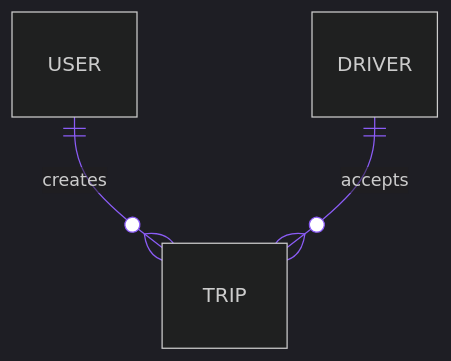
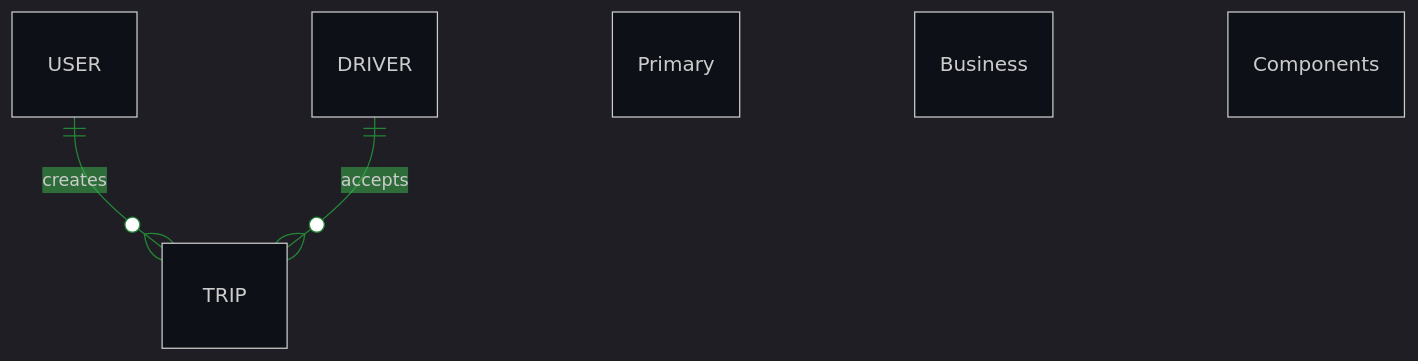
One commit to abdoElHodaky/transportapp changed the third of 8 diagrams in mermaid_styling_showcase.md. Above: the diagram before and after it, drawn with Mermaid. The commit also changed other lines of this file and 10 other files, not shown here.

````diff
--- a/mermaid_styling_showcase.md
+++ b/mermaid_styling_showcase.md
@@ -63,19 +127,48 @@
 ```mermaid
 %%{init: {
   "theme": "dark",
   "themeVariables": {
     "primaryColor": "#0d1117",
-    "primaryTextColor": "#e9d5ff",
-    "primaryBorderColor": "#8b5cf6",
-    "lineColor": "#8b5cf6"
+    "primaryTextColor": "#aff5b4",
+    "primaryBorderColor": "#238636",
+    "lineColor": "#238636",
+    "secondaryColor": "#2ea043",
+    "tertiaryColor": "#3fb950",
+    "background": "#0d1117",
+    "mainBkg": "#0d1117",
+    "secondBkg": "#21262d"
   },
-  "er": {
-    "useMaxWidth": true
+  "flowchart": {
+    "useMaxWidth": true,
+    "htmlLabels": true
+  },
+  "sequence": {
+    "useMaxWidth": true,
+    "wrap": true
   }
 }}%%
 erDiagram
     USER ||--o{ TRIP : creates
     DRIVER ||--o{ TRIP : accepts
-    
-    classDef primary fill:#0d1117,stroke:#8b5cf6,stroke-width:4px,color:#e9d5ff,font-weight:bold;
+     Primary Business Components
+
+    %% Secondary Business Components
+
+    %% Process Steps
+
+    %% Decision Points
+
+    %% Success States
+
+    %% External Systems
+
+    %% Database Systems
+    %% --- CORPORATE GREEN THEME STYLING ---
+    classDef primary fill:#0d1117,stroke:#238636,stroke-width:4px,color:#aff5b4,font-weight:bold;
+    classDef secondary fill:#0d1117,stroke:#2ea043,stroke-width:3px,color:#aff5b4,font-weight:normal;
+    classDef process fill:#21262d,stroke:#238636,stroke-width:2px,color:#aff5b4,font-weight:normal;
+    classDef decision fill:#0d1117,stroke:#d29922,stroke-width:3px,color:#d29922,font-weight:bold,stroke-dasharray: 8 4;
+    classDef success fill:#0d1117,stroke:#238636,stroke-width:3px,color:#238636,font-weight:bold;
+    classDef external fill:#0d1117,stroke:#2ea043,stroke-width:2px,color:#2ea043,font-weight:normal,stroke-dasharray: 3 3;
+    classDef database fill:#0d1117,stroke:#3fb950,stroke-width:4px,color:#3fb950,font-weight:bold;
 ```
````
